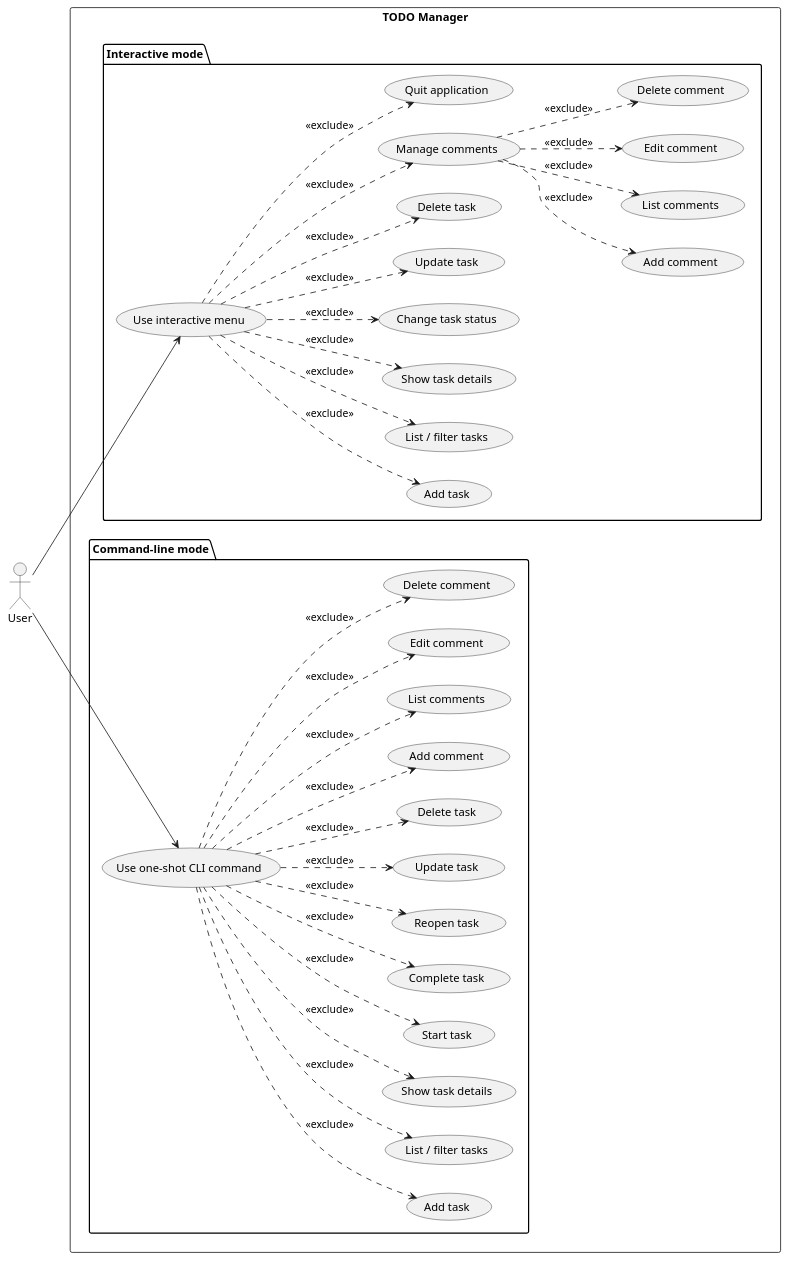
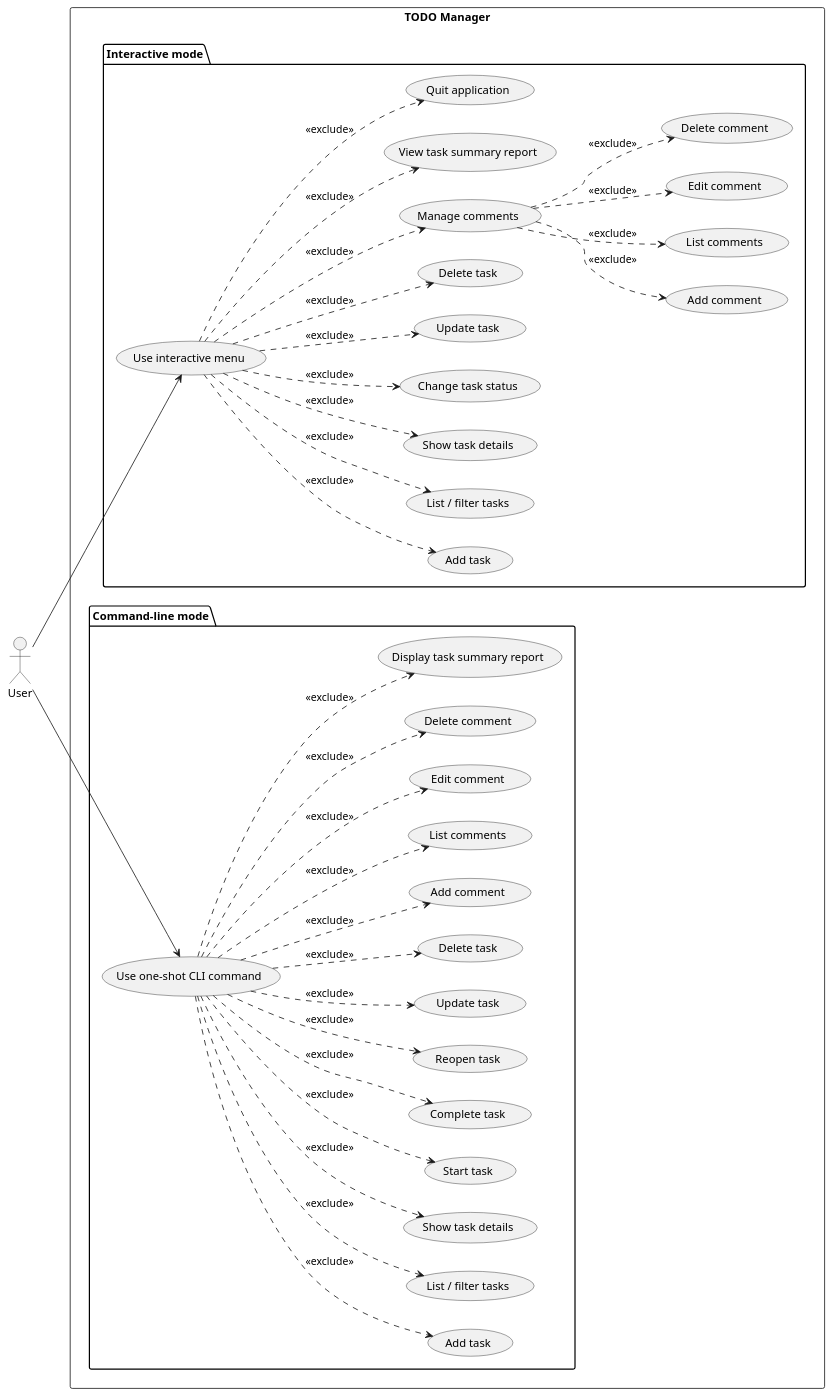
Before and after one commit to DanielRiha8906/Software_autoevolution_using_agents: the diagram in experiments/broadcast/user_stories/TODO/artifacts/use_case_diagram.puml, drawn with PlantUML. The commit also changed 9 other files, not shown here.

First line of the commit message:
Task 6 - broadcast / user_stories / TODO - Task summary report feature

```diff
--- a/experiments/broadcast/user_stories/TODO/artifacts/use_case_diagram.puml
+++ b/experiments/broadcast/user_stories/TODO/artifacts/use_case_diagram.puml
@@ -1,71 +1,75 @@
 @startuml use_case_diagram
 
 left to right direction
 
 actor User
 
 rectangle "TODO Manager" {
 
   package "Interactive mode" {
     usecase "Use interactive menu" as UI
     usecase "Add task" as I_ADD
     usecase "List / filter tasks" as I_LIST
     usecase "Show task details" as I_SHOW
     usecase "Change task status" as I_STATUS
     usecase "Update task" as I_UPDATE
     usecase "Delete task" as I_DELETE
     usecase "Manage comments" as I_COMMENTS
     usecase "Add comment" as I_COMMENT_ADD
     usecase "List comments" as I_COMMENT_LIST
     usecase "Edit comment" as I_COMMENT_EDIT
     usecase "Delete comment" as I_COMMENT_DELETE
+    usecase "View task summary report" as I_REPORT
     usecase "Quit application" as I_QUIT
   }
 
   package "Command-line mode" {
     usecase "Use one-shot CLI command" as CLI
     usecase "Add task" as C_ADD
     usecase "List / filter tasks" as C_LIST
     usecase "Show task details" as C_SHOW
     usecase "Start task" as C_START
     usecase "Complete task" as C_DONE
     usecase "Reopen task" as C_REOPEN
     usecase "Update task" as C_UPDATE
     usecase "Delete task" as C_DELETE
     usecase "Add comment" as C_COMMENT_ADD
     usecase "List comments" as C_COMMENT_LIST
     usecase "Edit comment" as C_COMMENT_EDIT
     usecase "Delete comment" as C_COMMENT_DELETE
+    usecase "Display task summary report" as C_REPORT
   }
 }
 
 User --> UI
 User --> CLI
 
 UI ..> I_ADD    : <<exclude>>
 UI ..> I_LIST   : <<exclude>>
 UI ..> I_SHOW   : <<exclude>>
 UI ..> I_STATUS : <<exclude>>
 UI ..> I_UPDATE : <<exclude>>
 UI ..> I_DELETE : <<exclude>>
 UI ..> I_COMMENTS : <<exclude>>
 I_COMMENTS ..> I_COMMENT_ADD : <<exclude>>
 I_COMMENTS ..> I_COMMENT_LIST : <<exclude>>
 I_COMMENTS ..> I_COMMENT_EDIT : <<exclude>>
 I_COMMENTS ..> I_COMMENT_DELETE : <<exclude>>
+UI ..> I_REPORT : <<exclude>>
 UI ..> I_QUIT   : <<exclude>>
 
 CLI ..> C_ADD    : <<exclude>>
 CLI ..> C_LIST   : <<exclude>>
 CLI ..> C_SHOW   : <<exclude>>
 CLI ..> C_START  : <<exclude>>
 CLI ..> C_DONE   : <<exclude>>
 CLI ..> C_REOPEN : <<exclude>>
 CLI ..> C_UPDATE : <<exclude>>
 CLI ..> C_DELETE : <<exclude>>
 CLI ..> C_COMMENT_ADD : <<exclude>>
 CLI ..> C_COMMENT_LIST : <<exclude>>
 CLI ..> C_COMMENT_EDIT : <<exclude>>
 CLI ..> C_COMMENT_DELETE : <<exclude>>
+CLI ..> C_REPORT : <<exclude>>
 
 @enduml
```
